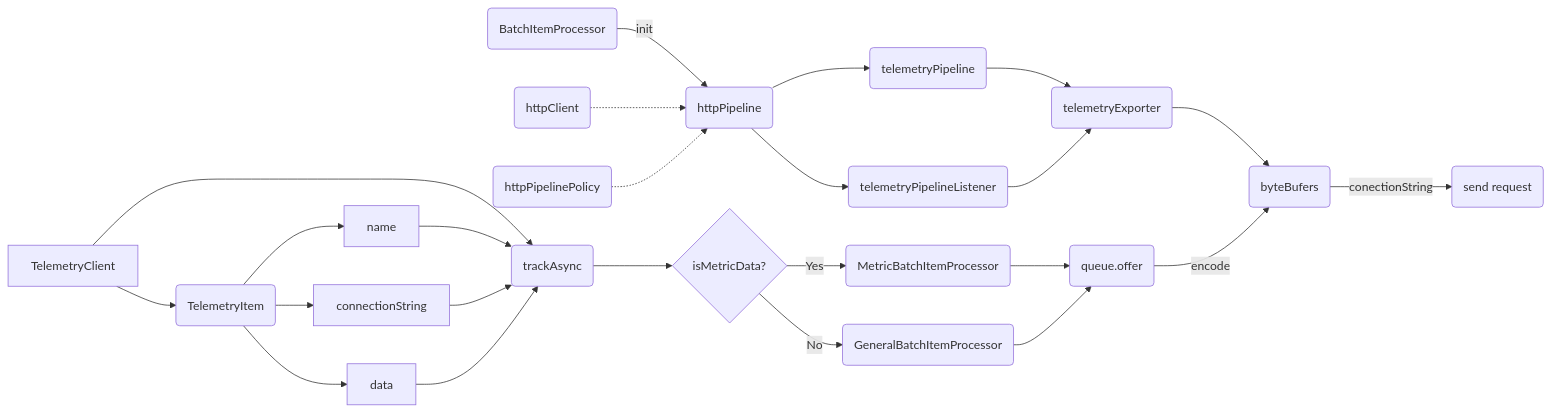
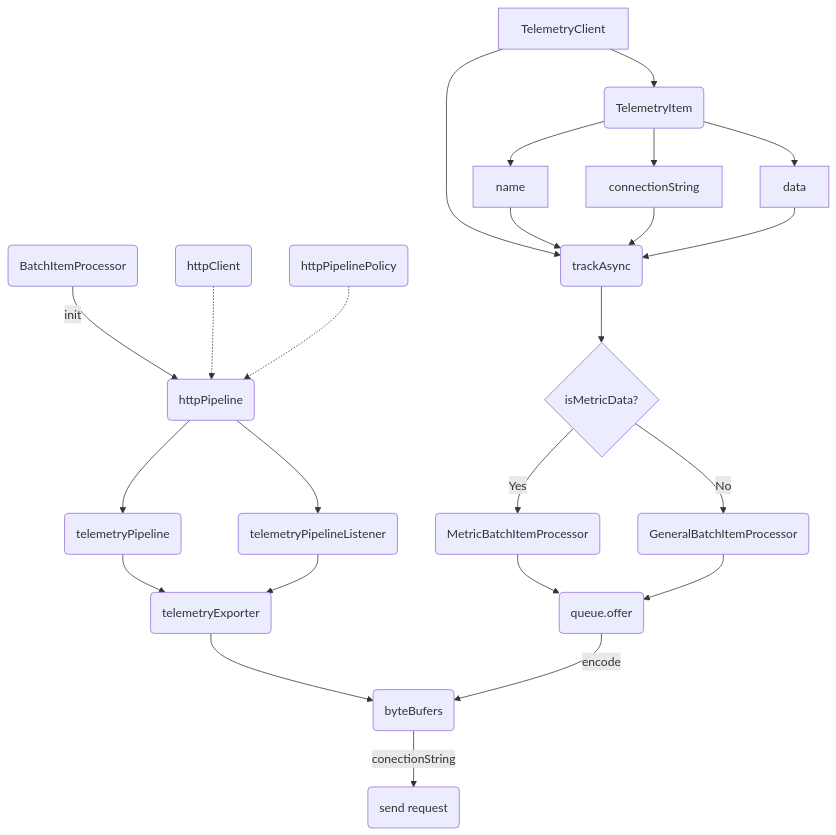
Before and after one commit to LQQ677/ApplicationInsights-Java: the diagram in MyDiagram/telemetryClient.md, drawn with Mermaid. The commit also changed 2 other files, not shown here.

````diff
--- a/MyDiagram/telemetryClient.md
+++ b/MyDiagram/telemetryClient.md
@@ -1,33 +1,33 @@
 ```mermaid
-graph LR
+graph TD
 A[TelemetryClient] --> B(TelemetryItem)
 B --> B1[name]
 B --> B2[connectionString]
 B --> B3[data]
 
 A --> C(trackAsync)
 B1 --> C
 B2 --> C
 B3 --> C
 
 C --> D{isMetricData?}
 D --> |Yes|E(MetricBatchItemProcessor)
 D --> |No|F(GeneralBatchItemProcessor)
 
 E --> G(queue.offer)
 F --> G
 
 H(BatchItemProcessor) --> |init|I(httpPipeline)
 I --> I1(telemetryPipeline)
 I --> I2(telemetryPipelineListener)
 I1 --> I3(telemetryExporter)
 I2 --> I3
 I3 --> J(byteBufers)
 G --> |encode|J
 J --> |conectionString|J1(send request)
 
 K1(httpClient) -.-> I
 K2(httpPipelinePolicy) -.-> I
 
 
 ```
````
